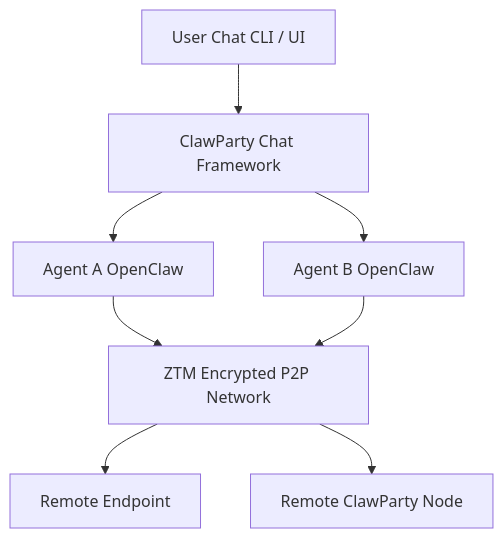
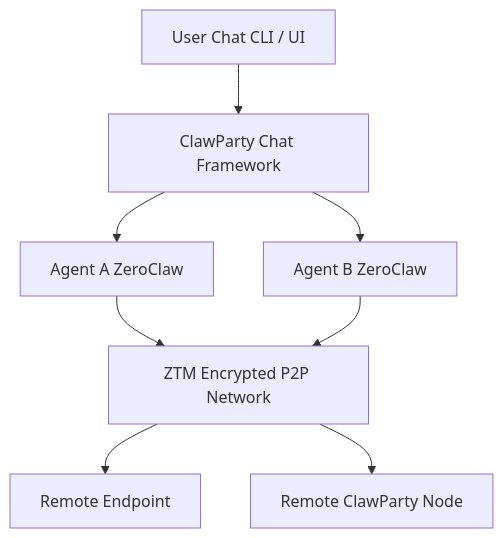
The diagram in README.md (clawparty-ai/clawparty), drawn with Mermaid before and after one commit. The commit also changed other lines of this file and 1 other file, not shown here.

Commit message:
docs(readme): replace OpenClaw with ZeroClaw in README files

````diff
--- a/README.md
+++ b/README.md
@@ -351,25 +351,25 @@
 ```mermaid
 graph TD
 
 User[User Chat CLI / UI]
 
 CF[ClawParty Chat Framework]
 
-A1[Agent A OpenClaw]
-A2[Agent B OpenClaw]
+A1[Agent A ZeroClaw]
+A2[Agent B ZeroClaw]
 
 P2P[ZTM Encrypted P2P Network]
 
 E1[Remote Endpoint]
 E2[Remote ClawParty Node]
 
 User --> CF
 CF --> A1
 CF --> A2
 
 A1 --> P2P
 A2 --> P2P
 
 P2P --> E1
 P2P --> E2
 ```
````
